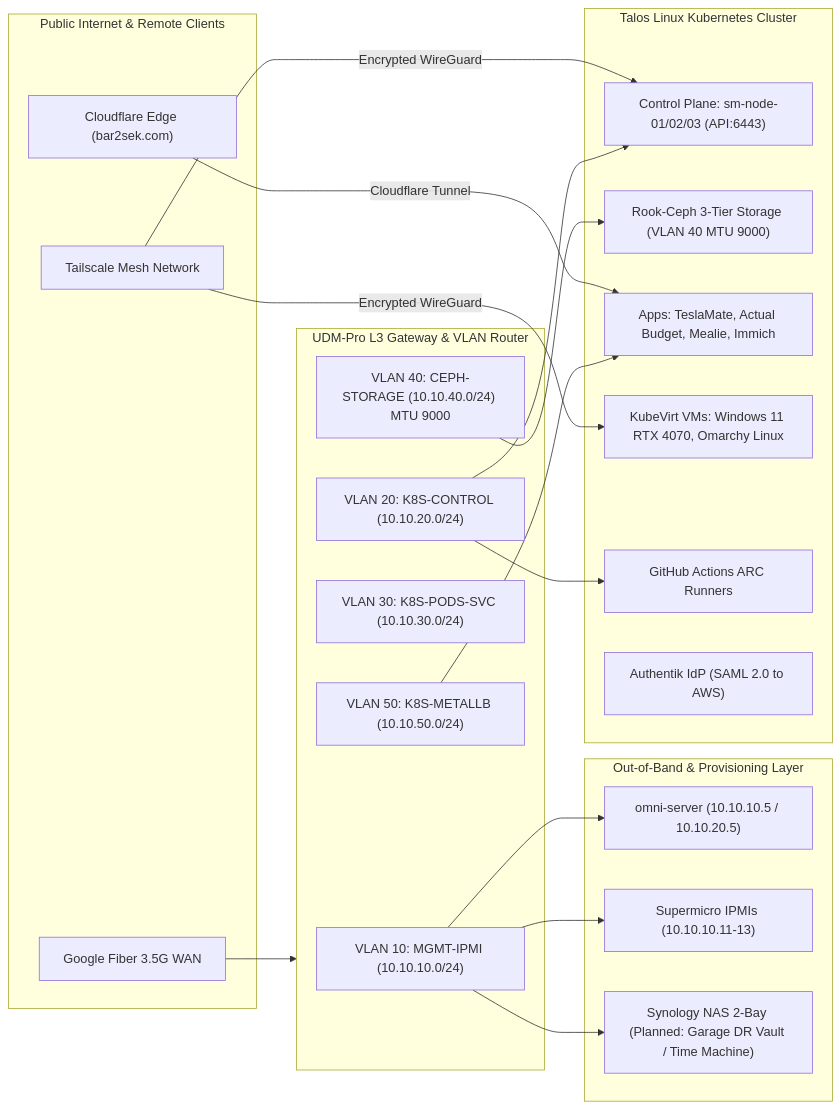
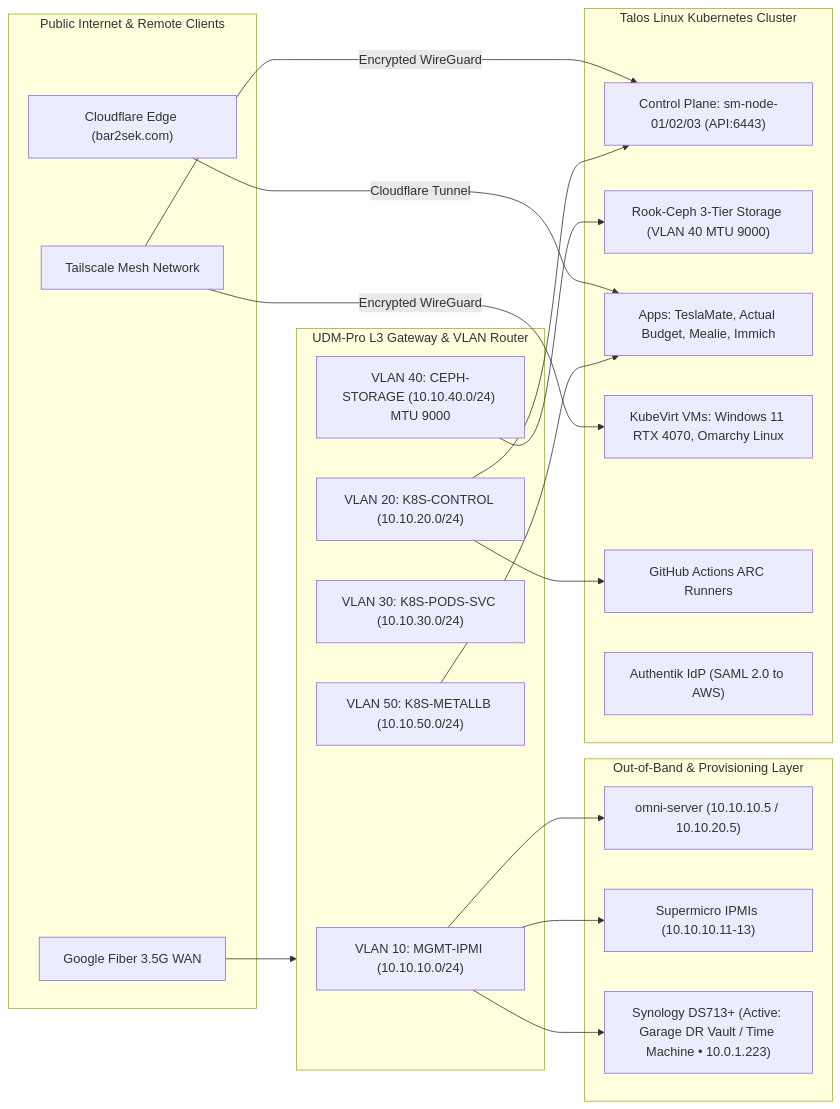
The second of 2 diagrams in docs/201-unifi-network-topology.md (bar2sek/personal-technology), drawn with Mermaid before and after one commit. The commit also changed other lines of this file and 8 other files, not shown here.

````diff
--- a/docs/201-unifi-network-topology.md
+++ b/docs/201-unifi-network-topology.md
@@ -109,39 +109,39 @@
 ```mermaid
 graph LR
     subgraph PUBLIC["Public Internet & Remote Clients"]
         CF["Cloudflare Edge (bar2sek.com)"]
         TS["Tailscale Mesh Network"]
         GF["Google Fiber 3.5G WAN"]
     end
 
     subgraph UNIFI["UDM-Pro L3 Gateway & VLAN Router"]
         V10["VLAN 10: MGMT-IPMI (10.10.10.0/24)"]
         V20["VLAN 20: K8S-CONTROL (10.10.20.0/24)"]
         V30["VLAN 30: K8S-PODS-SVC (10.10.30.0/24)"]
         V40["VLAN 40: CEPH-STORAGE (10.10.40.0/24) MTU 9000"]
         V50["VLAN 50: K8S-METALLB (10.10.50.0/24)"]
     end
 
     subgraph MANAGEMENT["Out-of-Band & Provisioning Layer"]
         OMNI_SRV["omni-server (10.10.10.5 / 10.10.20.5)"]
         IPMI_NODES["Supermicro IPMIs (10.10.10.11-13)"]
-        SYN_NAS["Synology NAS 2-Bay (Planned: Garage DR Vault / Time Machine)"]
+        SYN_NAS["Synology DS713+ (Active: Garage DR Vault / Time Machine • 10.0.1.223)"]
     end
 
     subgraph K8S_CLUSTER["Talos Linux Kubernetes Cluster"]
         CP_NODES["Control Plane: sm-node-01/02/03 (API:6443)"]
         CEPH["Rook-Ceph 3-Tier Storage (VLAN 40 MTU 9000)"]
         APPS["Apps: TeslaMate, Actual Budget, Mealie, Immich"]
         VMS["KubeVirt VMs: Windows 11 RTX 4070, Omarchy Linux"]
         ARC["GitHub Actions ARC Runners"]
         AUTH["Authentik IdP (SAML 2.0 to AWS)"]
     end
 
     GF --> UNIFI
     CF -->|Cloudflare Tunnel| APPS
     TS -->|Encrypted WireGuard| CP_NODES & VMS
     V10 --> OMNI_SRV & IPMI_NODES & SYN_NAS
     V20 --> CP_NODES & ARC
     V40 --> CEPH
     V50 --> APPS
 ```
````
